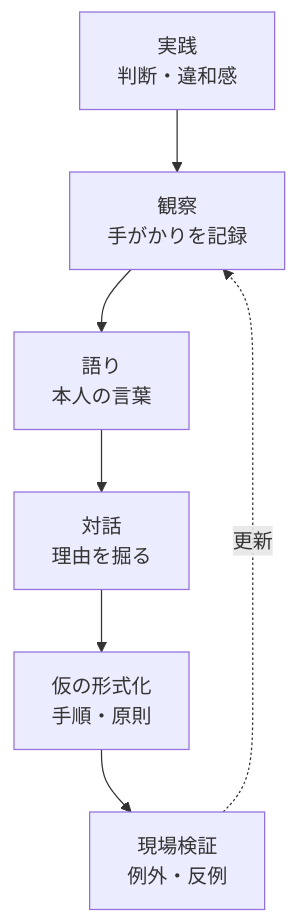
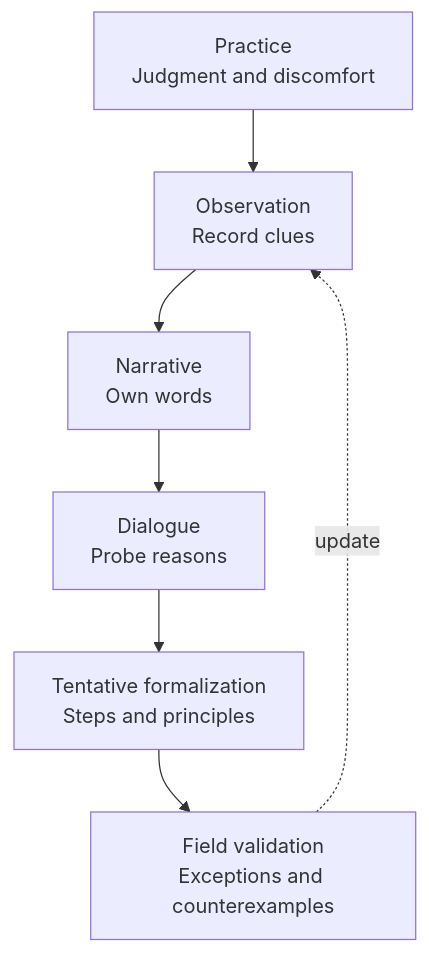
Before and after one commit to daylight55/research: the first of 3 diagrams in content/blog/en/tacit-knowledge-business-theory.mdx, drawn with Mermaid. The commit also changed other lines of this file and 26 other files, not shown here.

Commit message:
Translate English Mermaid labels

````diff
--- a/content/blog/en/tacit-knowledge-business-theory.mdx
+++ b/content/blog/en/tacit-knowledge-business-theory.mdx
@@ -26,9 +26,9 @@
 ```mermaid
 flowchart TD
-  A["実践<br/>判断・違和感"] --> B["観察<br/>手がかりを記録"]
-  B --> C["語り<br/>本人の言葉"]
-  C --> D["対話<br/>理由を掘る"]
-  D --> E["仮の形式化<br/>手順・原則"]
-  E --> F["現場検証<br/>例外・反例"]
-  F -. 更新 .-> B
+  A["Practice<br/>Judgment and discomfort"] --> B["Observation<br/>Record clues"]
+  B --> C["Narrative<br/>Own words"]
+  C --> D["Dialogue<br/>Probe reasons"]
+  D --> E["Tentative formalization<br/>Steps and principles"]
+  E --> F["Field validation<br/>Exceptions and counterexamples"]
+  F -. update .-> B
 ```
````
